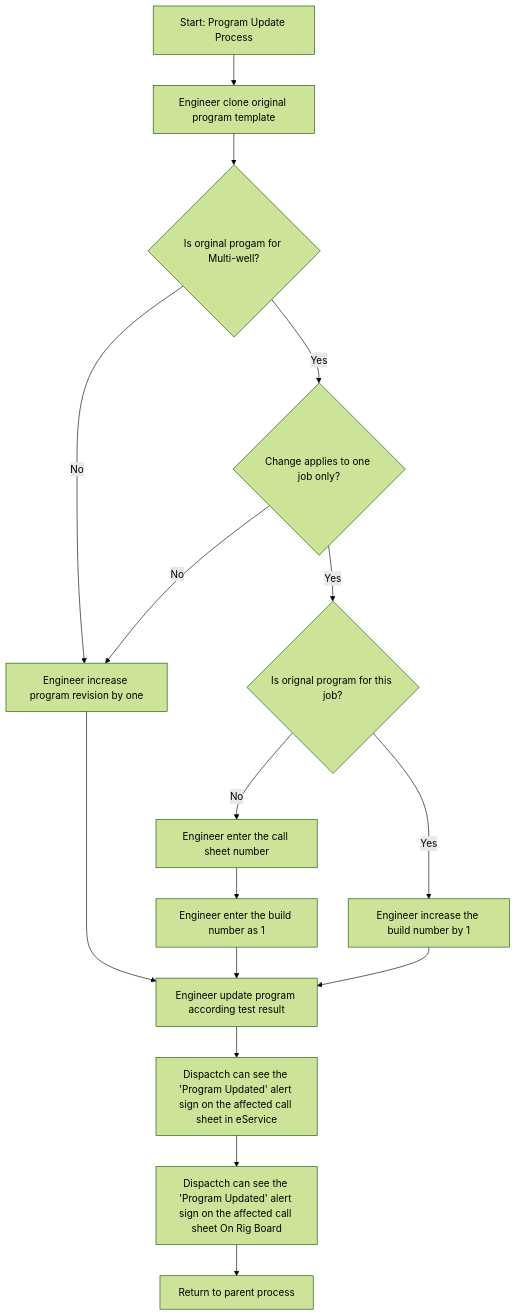
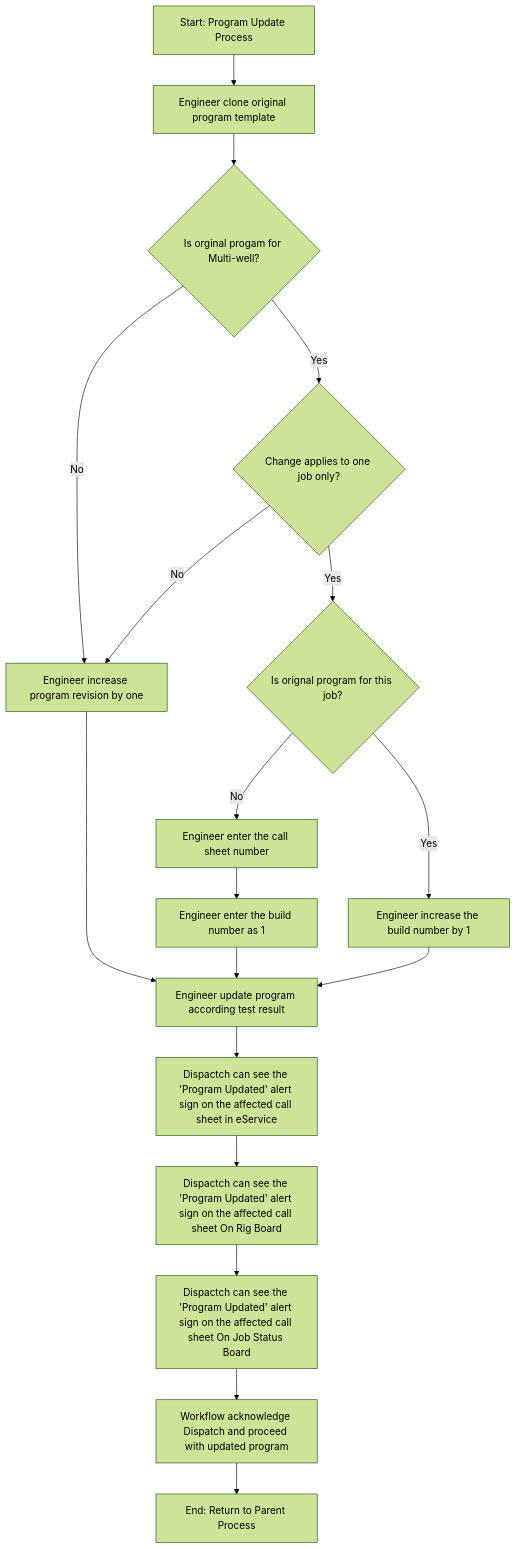
The diagram in Documents/04 - Cementing Service Request/09 - Prepare Material/05 - Blend Approval Process/10 - Program Update/process.md (Sanjel-Energy-Services/eService_WorkItems), drawn with Mermaid (forest theme) before and after one commit. The commit also changed 1 other file, not shown here.

Commit message:
Update the multi-wee process

````diff
--- a/Documents/04 - Cementing Service Request/09 - Prepare Material/05 - Blend Approval Process/10 - Program Update/process.md
+++ b/Documents/04 - Cementing Service Request/09 - Prepare Material/05 - Blend Approval Process/10 - Program Update/process.md
@@ -4,19 +4,21 @@
 ```mermaid
 flowchart TD
     A[Start: Program Update Process] --> B[Engineer clone original program template]
     B-->Z{Is orginal progam for Multi-well?}
     Z --> |No|C[Engineer increase program revision by one]
     Z --> |Yes| Y{ Change applies to one job only? }
     Y --> |No| C
     Y --> |Yes| X{ Is orignal program for this job?}
     X --> |No| T[Engineer enter the call sheet number]
     T --> S[Engineer enter the build number as 1]
     S --> D
     X --> |Yes| R[Engineer increase the build number by 1]
     R --> D
     C --> D[Engineer update program according test result]
     D --> E[Dispactch can see the 'Program Updated' alert sign on the affected call sheet in eService ]
     E --> F[Dispactch can see the 'Program Updated' alert sign on the affected call sheet On Rig Board ]
-    F --> G[Return to parent process]
+    F --> G[Dispactch can see the 'Program Updated' alert sign on the affected call sheet On Job Status Board ]
+    G --> H[Workflow acknowledge Dispatch and proceed with updated program]
+    H --> J[End: Return to Parent Process]
 
 ```
````
